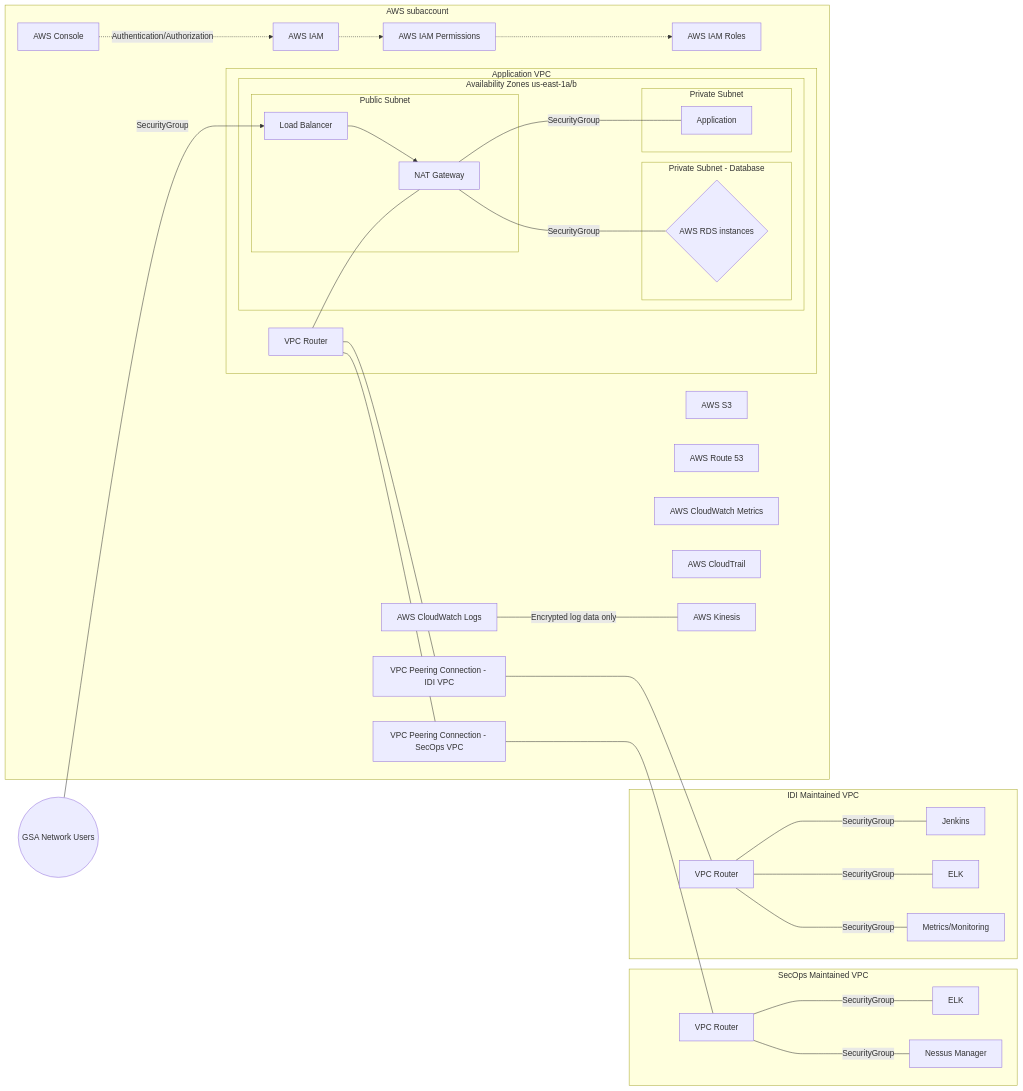
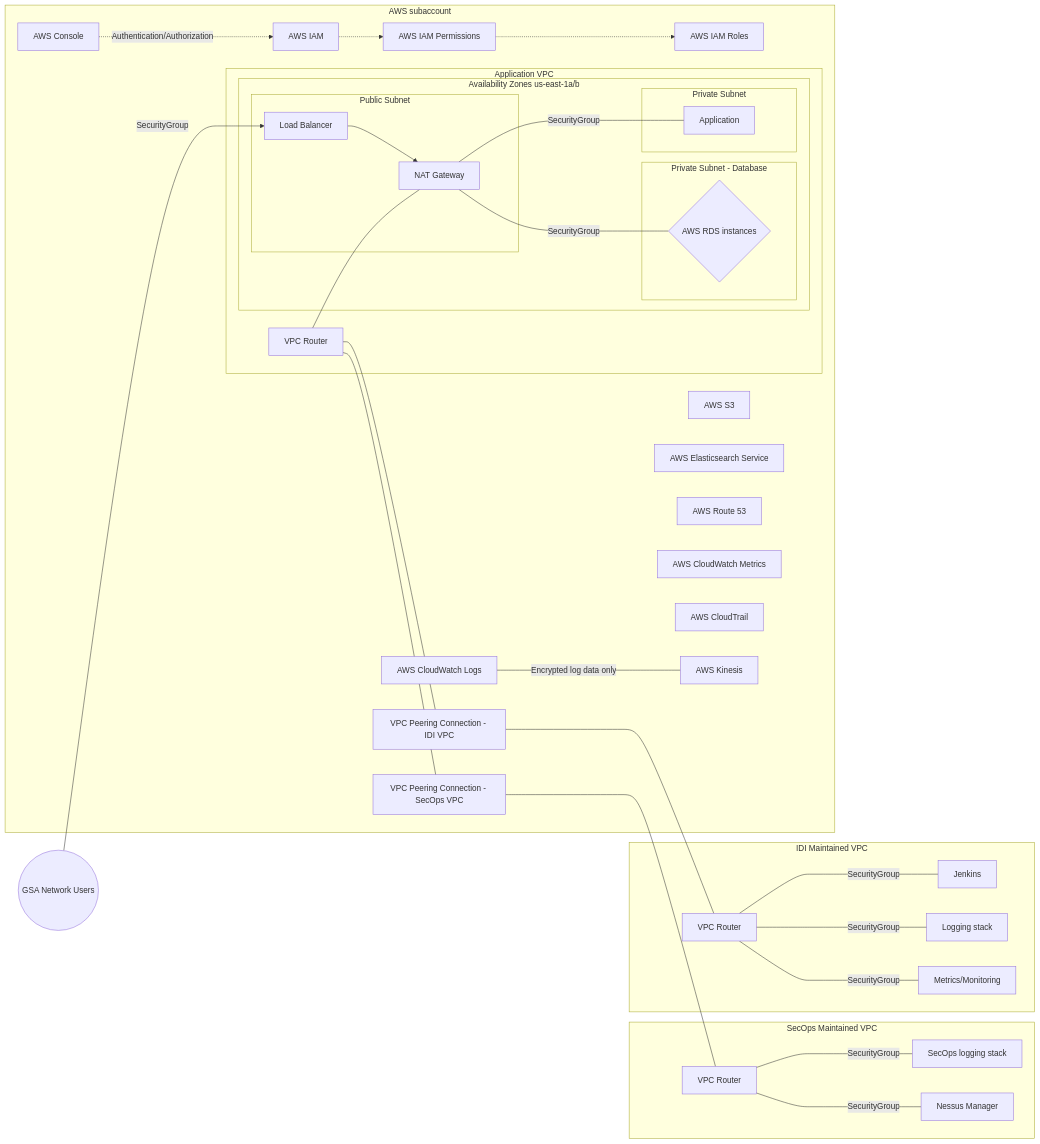
Before and after one commit to GSA/DevSecOps: the diagram in docs/diagrams/source/mermaid/architecture-option-b.mmd, drawn with Mermaid. The commit also changed 1 other file, not shown here.

Commit message:
Add ES service, make logging stack generic

```diff
--- a/docs/diagrams/source/mermaid/architecture-option-b.mmd
+++ b/docs/diagrams/source/mermaid/architecture-option-b.mmd
@@ -1,70 +1,71 @@
 %% title: Architecture Option B
 %% description: DevSecOps high level architecture Option B
 graph LR
   gsa-users(("GSA Network Users"))
   subgraph SecOps Maintained VPC
     vpc-router-secops["VPC Router"]
-    secops-elk["ELK"]
+    secops-log["SecOps logging stack"]
     secops-nessusmanager["Nessus Manager"]
   end
   subgraph IDI Maintained VPC
     vpc-router-mgmt["VPC Router"]
     mgmt-jenkins["Jenkins"]
-    mgmt-elk["ELK"]
+    mgmt-log["Logging stack"]
     mgmt-monitoring["Metrics/Monitoring"]
   end
   subgraph AWS subaccount
     iam["AWS IAM"]
     iam-perms["AWS IAM Permissions"]
     iam-roles["AWS IAM Roles"]
     aws-console["AWS Console"]
     s3["AWS S3"]
     kinesis["AWS Kinesis"]
+    elasticsearch["AWS Elasticsearch Service"]
     route53["AWS Route 53"]
     cloudwatch["AWS CloudWatch Metrics"]
     cloudwatch-logs["AWS CloudWatch Logs"]
     cloudtrail["AWS CloudTrail"]
     vpc-peering-secops["VPC Peering Connection - SecOps VPC"]
     subgraph Application VPC
       subgraph Availability Zones us-east-1a/b
         subgraph Public Subnet
           app-nat["NAT Gateway"]
           app-elb["Load Balancer"]
         end
         subgraph Private Subnet
           app-app["Application"]
         end
         subgraph Private Subnet - Database
           app-rds{"AWS RDS instances"}
         end
       end
       vpc-router-apps["VPC Router"]
     end
     vpc-peering-pipeline["VPC Peering Connection - IDI VPC"]
   end
 
   cloudwatch-logs-- Encrypted log data only --- kinesis
 
   aws-console-."Authentication/Authorization".->iam
   iam-.->iam-perms
   iam-perms-.->iam-roles
 
   vpc-peering-pipeline---vpc-router-mgmt
   vpc-peering-secops---vpc-router-secops
 
-  vpc-router-secops--SecurityGroup---secops-elk
+  vpc-router-secops--SecurityGroup---secops-log
   vpc-router-secops--SecurityGroup---secops-nessusmanager
 
   vpc-router-mgmt--SecurityGroup---mgmt-jenkins
-  vpc-router-mgmt--SecurityGroup---mgmt-elk
+  vpc-router-mgmt--SecurityGroup---mgmt-log
   vpc-router-mgmt--SecurityGroup---mgmt-monitoring
 
   vpc-router-apps---vpc-peering-pipeline
   vpc-router-apps---vpc-peering-secops
   vpc-router-apps---app-nat
 
   app-elb-->app-nat
   app-nat--SecurityGroup---app-app
   app-nat--SecurityGroup---app-rds
 
   gsa-users--SecurityGroup-->app-elb
```
